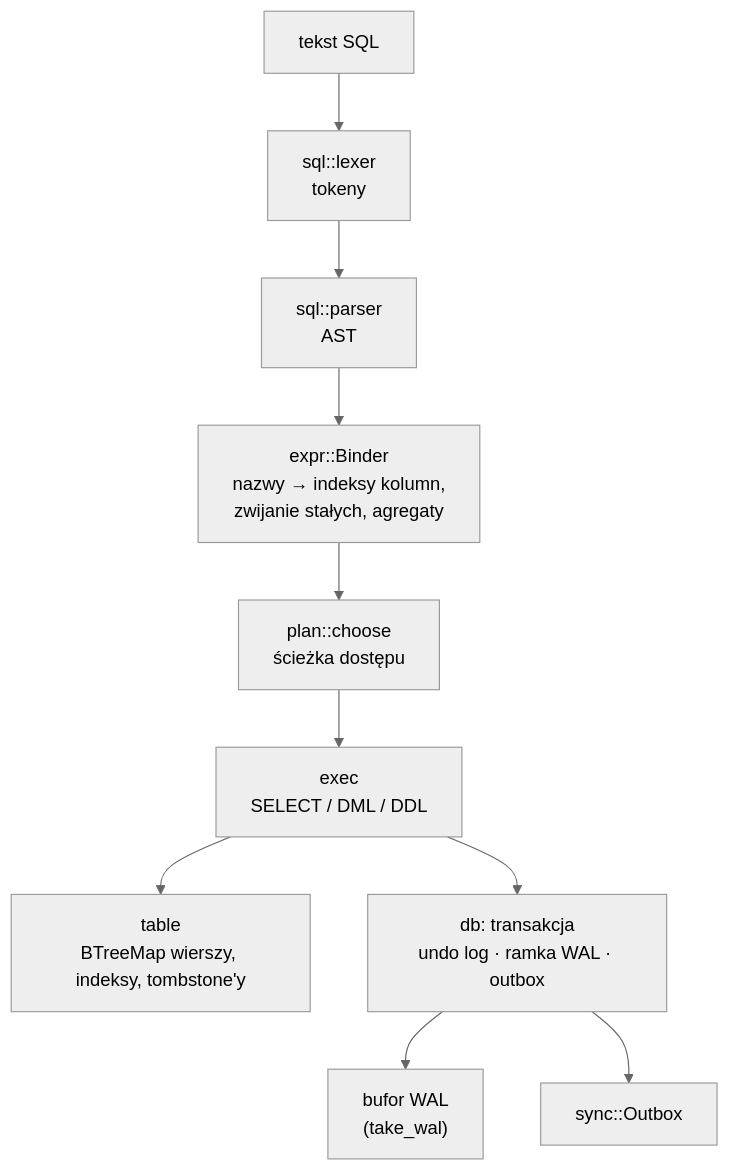
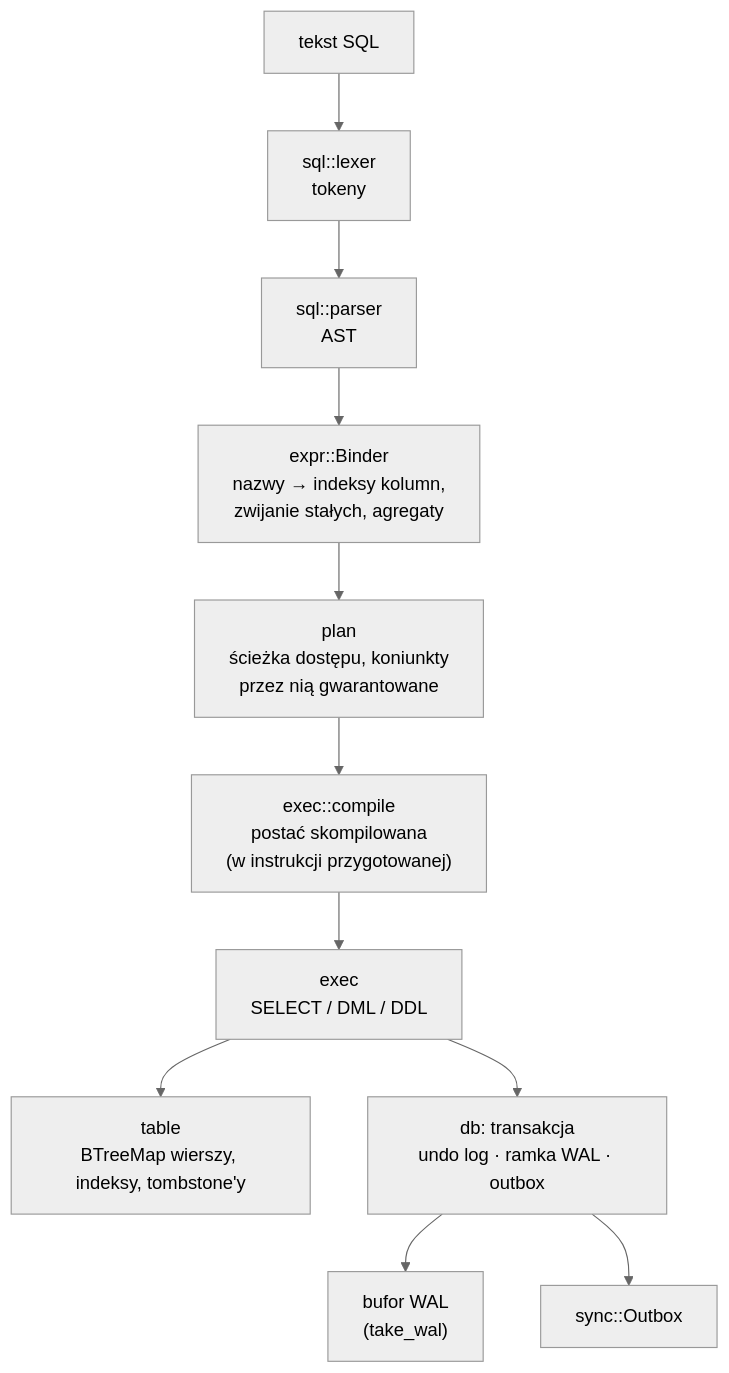
The first of 2 diagrams in docs/architecture.md (best-team-8/dbms-rust-wasm), drawn with Mermaid (neutral theme) before and after one commit. The commit also changed other lines of this file and 169 other files, not shown here.

Commit message:
core: compile statements once and keep the plan in prepared statements

````diff
--- a/docs/architecture.md
+++ b/docs/architecture.md
@@ -14,11 +14,12 @@
 ```mermaid
 flowchart TB
   SQL["tekst SQL"] --> Lexer["sql::lexer<br/>tokeny"] --> Parser["sql::parser<br/>AST"]
   Parser --> Binder["expr::Binder<br/>nazwy → indeksy kolumn,<br/>zwijanie stałych, agregaty"]
-  Binder --> Planner["plan::choose<br/>ścieżka dostępu"]
-  Planner --> Exec["exec<br/>SELECT / DML / DDL"]
+  Binder --> Planner["plan<br/>ścieżka dostępu, koniunkty<br/>przez nią gwarantowane"]
+  Planner --> Compiled["exec::compile<br/>postać skompilowana<br/>(w instrukcji przygotowanej)"]
+  Compiled --> Exec["exec<br/>SELECT / DML / DDL"]
   Exec --> Table["table<br/>BTreeMap wierszy, indeksy, tombstone'y"]
   Exec --> Txn["db: transakcja<br/>undo log · ramka WAL · outbox"]
   Txn --> WAL["bufor WAL<br/>(take_wal)"]
   Txn --> Outbox["sync::Outbox"]
 ```
````
